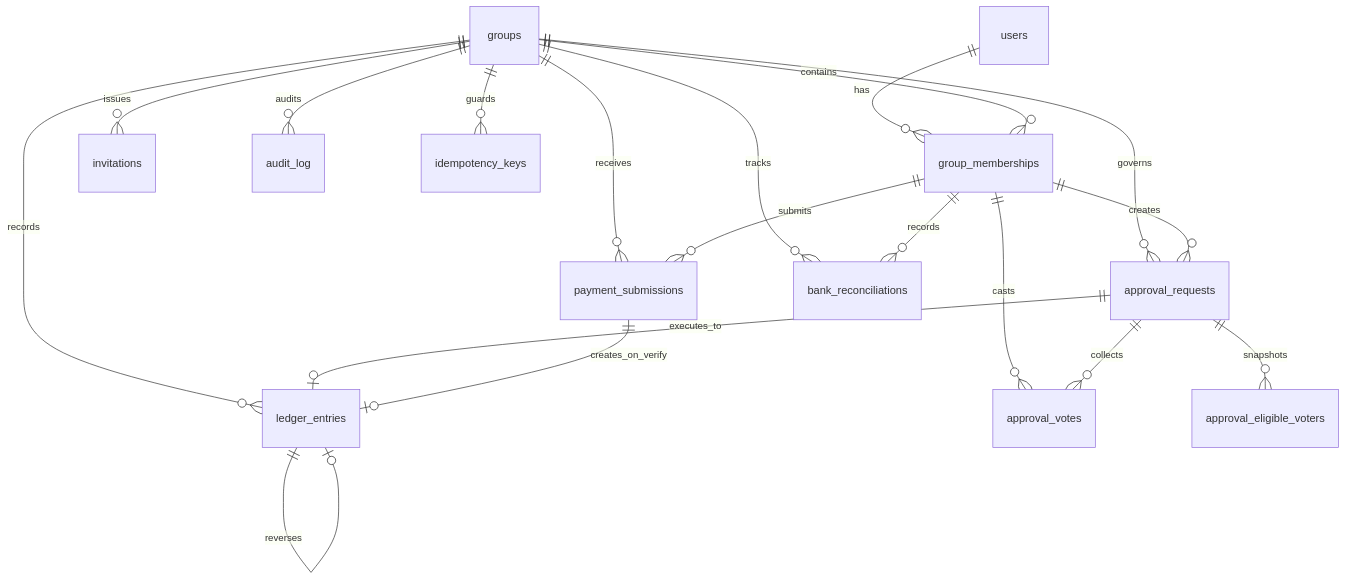
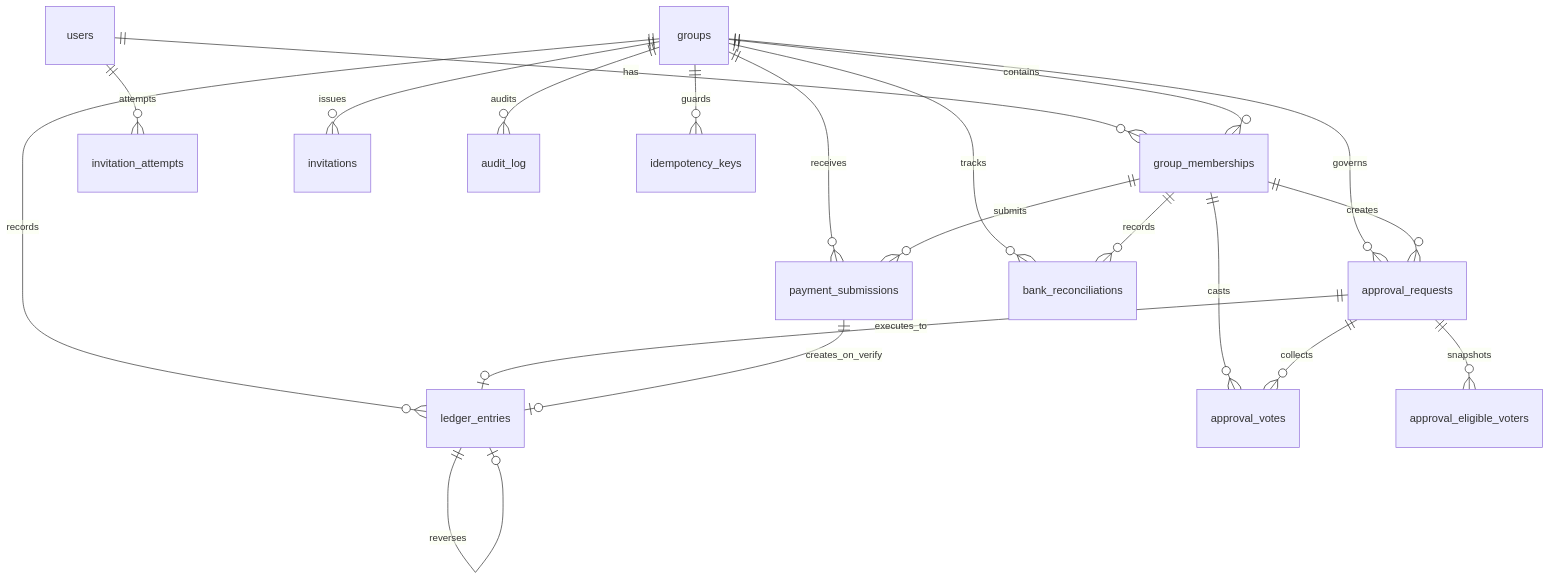
The diagram in docs/schema.md (Kimi0123/broke-travelers-api), drawn with Mermaid before and after one commit. The commit also changed other lines of this file and 5 other files, not shown here.

````diff
--- a/docs/schema.md
+++ b/docs/schema.md
@@ -242,24 +254,25 @@
 ```mermaid
 erDiagram
     users ||--o{ group_memberships : has
+    users ||--o{ invitation_attempts : attempts
     groups ||--o{ group_memberships : contains
     groups ||--o{ invitations : issues
     groups ||--o{ payment_submissions : receives
     groups ||--o{ ledger_entries : records
     groups ||--o{ approval_requests : governs
     groups ||--o{ bank_reconciliations : tracks
     groups ||--o{ audit_log : audits
     groups ||--o{ idempotency_keys : guards
 
     group_memberships ||--o{ payment_submissions : submits
     group_memberships ||--o{ approval_requests : creates
     group_memberships ||--o{ approval_votes : casts
     group_memberships ||--o{ bank_reconciliations : records
 
     approval_requests ||--o{ approval_eligible_voters : snapshots
     approval_requests ||--o{ approval_votes : collects
     approval_requests ||--o| ledger_entries : executes_to
 
     payment_submissions ||--o| ledger_entries : creates_on_verify
     ledger_entries ||--o| ledger_entries : reverses
 ```
````
